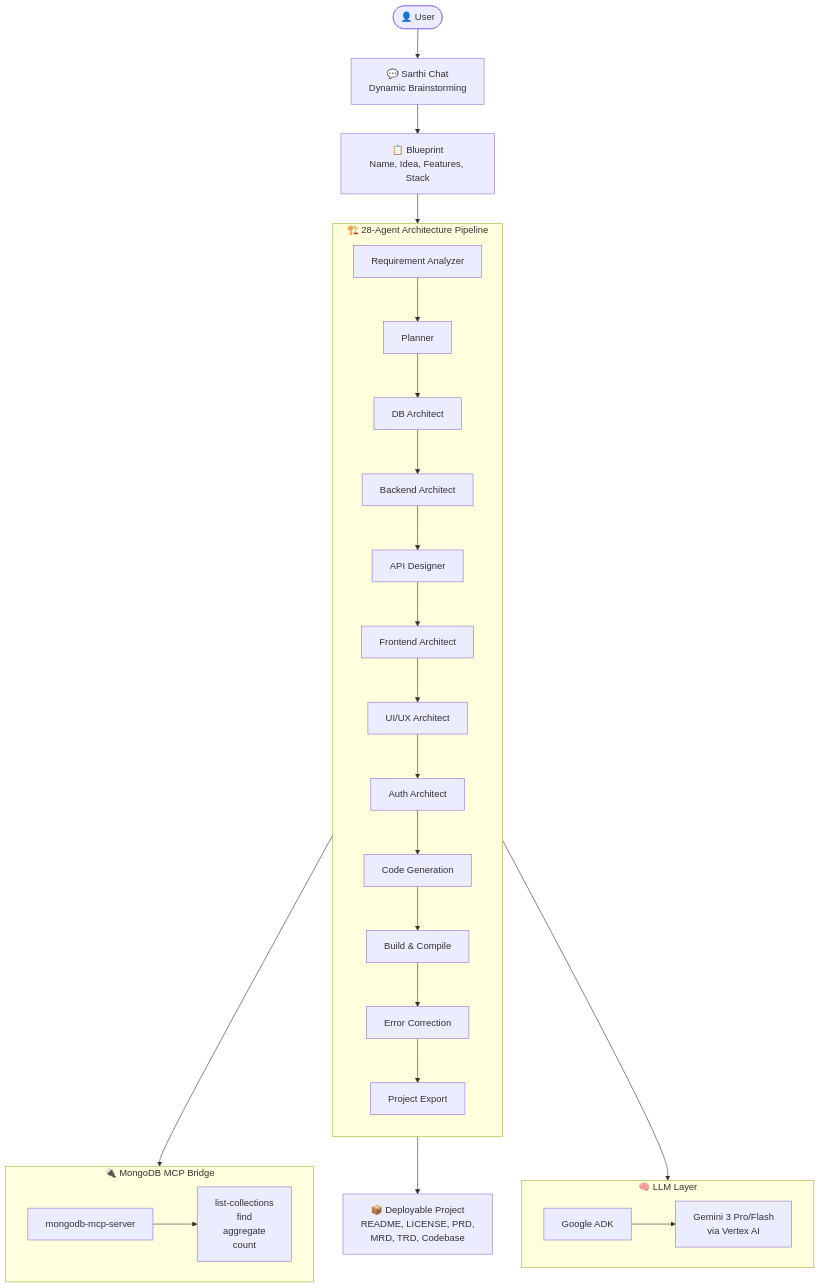
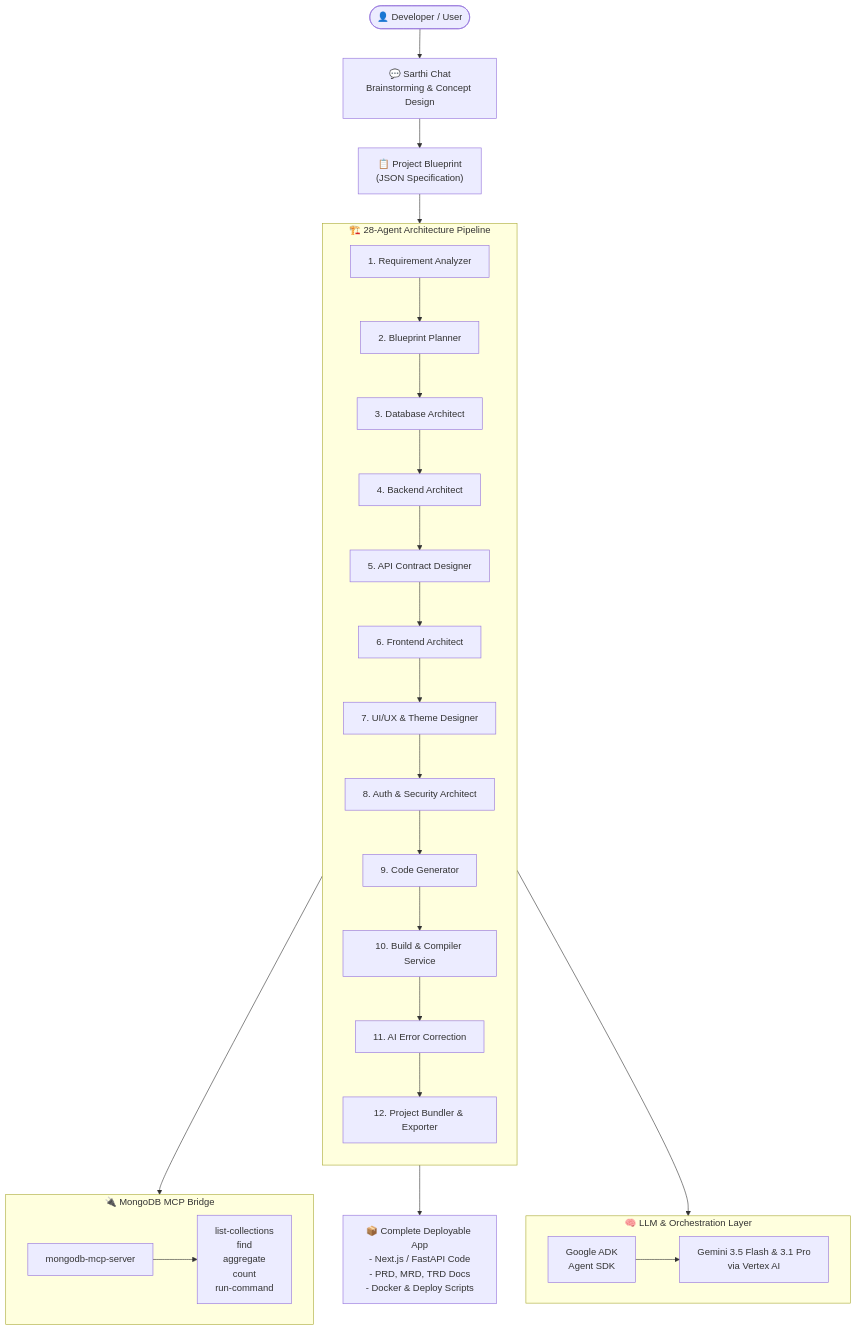
Before and after one commit to prakhar-bip/Saarthi: the diagram in README.md, drawn with Mermaid. The commit also changed other lines of this file, not shown here.

Commit message:
docs: Update README.md with ultra-premium design and descriptions

````diff
--- a/README.md
+++ b/README.md
@@ -46,36 +46,36 @@
 ```mermaid
 flowchart TB
-    User(["👤 User"]) --> Chat["💬 Sarthi Chat\nDynamic Brainstorming"]
-    Chat --> Blueprint["📋 Blueprint\nName, Idea, Features, Stack"]
+    User(["👤 Developer / User"]) --> Chat["💬 Sarthi Chat\nBrainstorming & Concept Design"]
+    Chat --> Blueprint["📋 Project Blueprint\n(JSON Specification)"]
     Blueprint --> Pipeline
-
+ 
     subgraph Pipeline["🏗️ 28-Agent Architecture Pipeline"]
         direction TB
-        RA["Requirement Analyzer"] --> PL["Planner"]
-        PL --> DB["DB Architect"]
-        DB --> BA["Backend Architect"]
-        BA --> API["API Designer"]
-        API --> FA["Frontend Architect"]
-        FA --> UX["UI/UX Architect"]
-        UX --> Auth["Auth Architect"]
-        Auth --> CG["Code Generation"]
-        CG --> Build["Build & Compile"]
-        Build --> EC["Error Correction"]
-        EC --> Export["Project Export"]
+        RA["1. Requirement Analyzer"] --> PL["2. Blueprint Planner"]
+        PL --> DB["3. Database Architect"]
+        DB --> BA["4. Backend Architect"]
+        BA --> API["5. API Contract Designer"]
+        API --> FA["6. Frontend Architect"]
+        FA --> UX["7. UI/UX & Theme Designer"]
+        UX --> Auth["8. Auth & Security Architect"]
+        Auth --> CG["9. Code Generator"]
+        CG --> Build["10. Build & Compiler Service"]
+        Build --> EC["11. AI Error Correction"]
+        EC --> Export["12. Project Bundler & Exporter"]
     end
 
     subgraph MCP["🔌 MongoDB MCP Bridge"]
         direction LR
-        MCPServer["mongodb-mcp-server"] --> Tools["list-collections\nfind\naggregate\ncount"]
+        MCPServer["mongodb-mcp-server"] --> Tools["list-collections\nfind\naggregate\ncount\nrun-command"]
     end
 
     Pipeline --> MCP
-    Pipeline --> Output["📦 Deployable Project\nREADME, LICENSE, PRD,\nMRD, TRD, Codebase"]
+    Pipeline --> Output["📦 Complete Deployable App\n- Next.js / FastAPI Code\n- PRD, MRD, TRD Docs\n- Docker & Deploy Scripts"]
 
-    subgraph LLM["🧠 LLM Layer"]
+    subgraph LLM["🧠 LLM & Orchestration Layer"]
         direction LR
-        ADK["Google ADK"] --> Gemini["Gemini 3 Pro/Flash\nvia Vertex AI"]
+        ADK["Google ADK\nAgent SDK"] --> Gemini["Gemini 3.5 Flash & 3.1 Pro\nvia Vertex AI"]
     end
 
     Pipeline --> LLM
 ```
````
